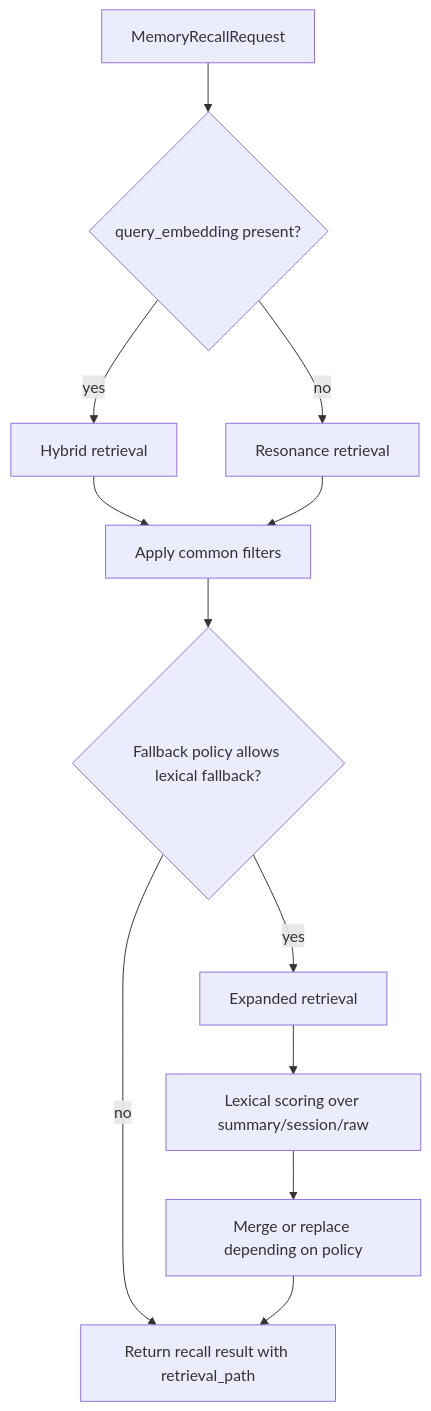
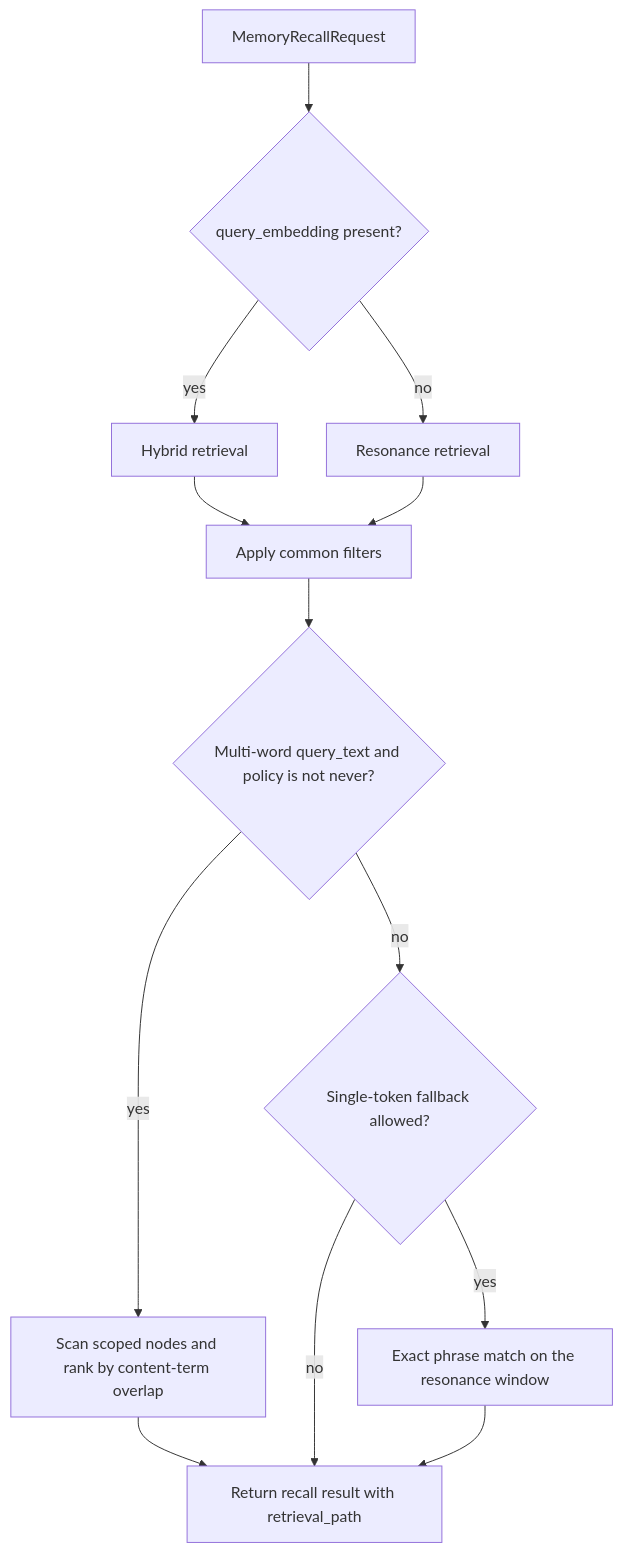
The seventh of 8 diagrams in docs/book/src/sdk-architecture.md (EntasisLabs/locus), drawn with Mermaid before and after one commit. The commit also changed other lines of this file and 14 other files, not shown here.

First line of the commit message:
Rank natural-language memory questions by content terms (#21)

````diff
--- a/docs/book/src/sdk-architecture.md
+++ b/docs/book/src/sdk-architecture.md
@@ -184,14 +184,15 @@
 ```mermaid
 flowchart TD
     A[MemoryRecallRequest] --> B{query_embedding present?}
     B -- yes --> C[Hybrid retrieval]
     B -- no --> D[Resonance retrieval]
     C --> E[Apply common filters]
     D --> E
-    E --> F{Fallback policy allows lexical fallback?}
-    F -- no --> J[Return recall result]
-    F -- yes --> G[Expanded retrieval]
-    G --> H[Lexical scoring over summary/session/raw]
-    H --> I[Merge or replace depending on policy]
-    I --> J[Return recall result with retrieval_path]
+    E --> F{Multi-word query_text and policy is not never?}
+    F -- yes --> G[Scan scoped nodes and rank by content-term overlap]
+    F -- no --> H{Single-token fallback allowed?}
+    H -- no --> J[Return recall result]
+    H -- yes --> I[Exact phrase match on the resonance window]
+    G --> J[Return recall result with retrieval_path]
+    I --> J
 ```
````
